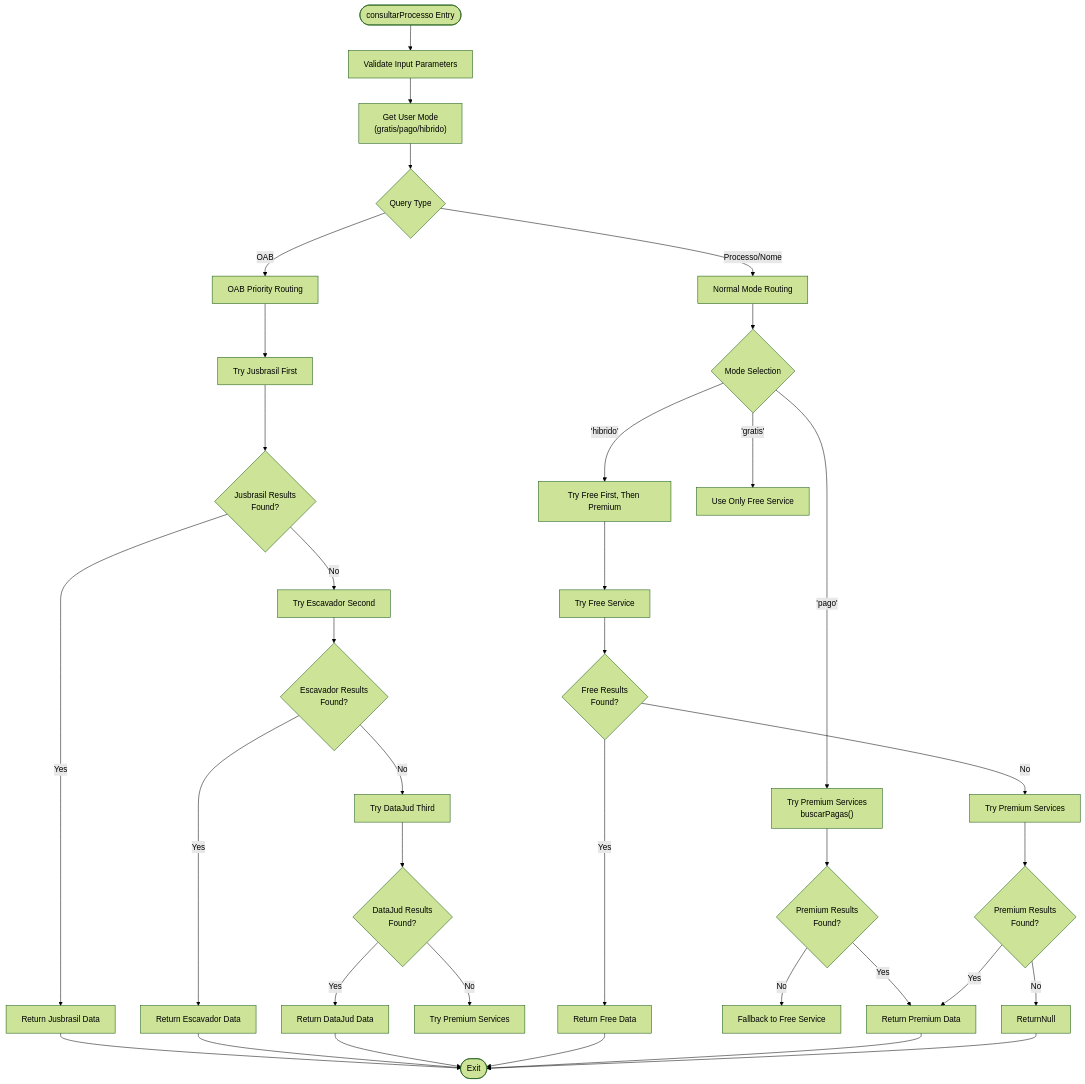
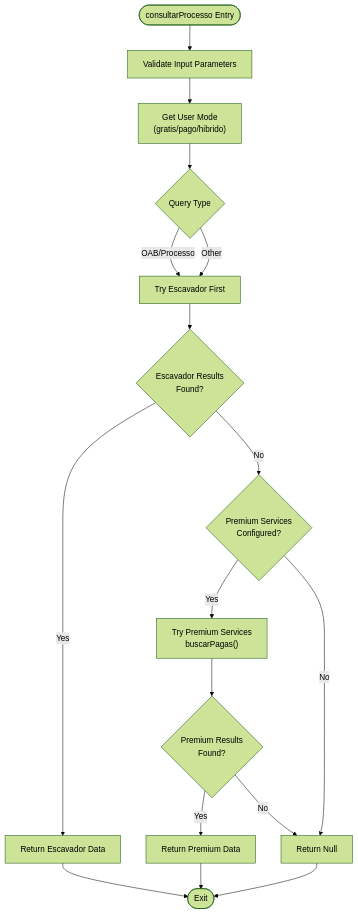
The third of 16 diagrams in .qoder/repowiki/en/content/API Integration Layer/API Integration Layer.md (Alexandrexicara/bot-processos), drawn with Mermaid (forest theme) before and after one commit. The commit also changed other lines of this file and 10 other files, not shown here.

````diff
--- a/.qoder/repowiki/en/content/API Integration Layer/API Integration Layer.md
+++ b/.qoder/repowiki/en/content/API Integration Layer/API Integration Layer.md
@@ -236,38 +229,19 @@
 ```mermaid
 flowchart TD
 Start([consultarProcesso Entry]) --> ValidateInput["Validate Input Parameters"]
 ValidateInput --> GetMode["Get User Mode<br/>(gratis/pago/hibrido)"]
 GetMode --> CheckType{"Query Type"}
-CheckType --> |OAB| OABRouting["OAB Priority Routing"]
-CheckType --> |Processo/Nome| NormalRouting["Normal Mode Routing"]
-OABRouting --> JusbrasilFirst["Try Jusbrasil First"]
-JusbrasilFirst --> JusbrasilSuccess{"Jusbrasil Results<br/>Found?"}
-JusbrasilSuccess --> |Yes| ReturnJusbrasil["Return Jusbrasil Data"]
-JusbrasilSuccess --> |No| EscavadorSecond["Try Escavador Second"]
-EscavadorSecond --> EscavadorSuccess{"Escavador Results<br/>Found?"}
+CheckType --> |OAB/Processo| EscavadorFirst["Try Escavador First"]
+CheckType --> |Other| EscavadorFirst
+EscavadorFirst --> EscavadorSuccess{"Escavador Results<br/>Found?"}
 EscavadorSuccess --> |Yes| ReturnEscavador["Return Escavador Data"]
-EscavadorSuccess --> |No| DataJudThird["Try DataJud Third"]
-DataJudThird --> DataJudSuccess{"DataJud Results<br/>Found?"}
-DataJudSuccess --> |Yes| ReturnDataJud["Return DataJud Data"]
-DataJudSuccess --> |No| TryPremium["Try Premium Services"]
-NormalRouting --> ModeCheck{"Mode Selection"}
-ModeCheck --> |'pago'| PaidFirst["Try Premium Services<br/>buscarPagas()"]
-ModeCheck --> |'hibrido'| Hybrid["Try Free First, Then Premium"]
-ModeCheck --> |'gratis'| FreeOnly["Use Only Free Service"]
-PaidFirst --> PaidSuccess{"Premium Results<br/>Found?"}
-PaidSuccess --> |Yes| ReturnPaid["Return Premium Data"]
-PaidSuccess --> |No| FallbackFree["Fallback to Free Service"]
-Hybrid --> TryFree["Try Free Service"]
-TryFree --> FreeFound{"Free Results<br/>Found?"}
-FreeFound --> |Yes| ReturnFree["Return Free Data"]
-FreeFound --> |No| TryPaid["Try Premium Services"]
-TryPaid --> PaidFound{"Premium Results<br/>Found?"}
-PaidFound --> |Yes| ReturnPaid
-PaidFound --> |No| ReturnNull
-ReturnJusbrasil --> End([Exit])
-ReturnEscavador --> End
-ReturnDataJud --> End
-ReturnFree --> End
-ReturnPaid --> End
+EscavadorSuccess --> |No| PremiumCheck{"Premium Services<br/>Configured?"}
+PremiumCheck --> |Yes| PremiumFirst["Try Premium Services<br/>buscarPagas()"]
+PremiumCheck --> |No| ReturnNull["Return Null"]
+PremiumFirst --> PremiumSuccess{"Premium Results<br/>Found?"}
+PremiumSuccess --> |Yes| ReturnPremium["Return Premium Data"]
+PremiumSuccess --> |No| ReturnNull
+ReturnEscavador --> End([Exit])
+ReturnPremium --> End
 ReturnNull --> End
 ```
````
